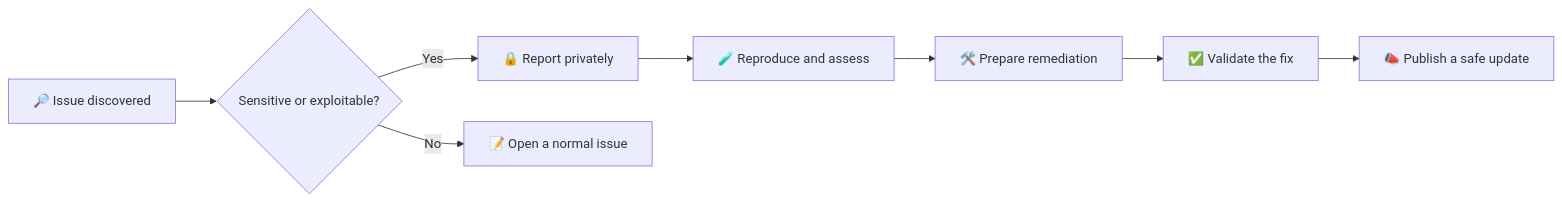
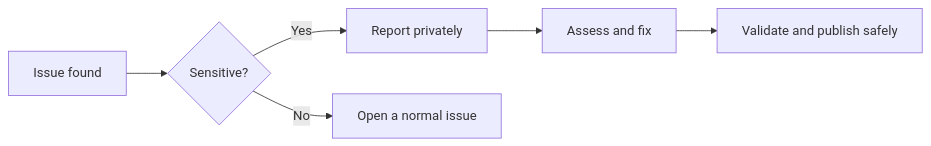
Before and after one commit to samusa099/hossain-group-hr-turnover-analytics-bd: the diagram in SECURITY.md, drawn with Mermaid. The commit also changed other lines of this file, not shown here.

````diff
--- a/SECURITY.md
+++ b/SECURITY.md
@@ -73,10 +45,8 @@
 ```mermaid
 flowchart LR
-    A[🔎 Issue discovered] --> B{Sensitive or exploitable?}
-    B -->|Yes| C[🔒 Report privately]
-    B -->|No| D[📝 Open a normal issue]
-    C --> E[🧪 Reproduce and assess]
-    E --> F[🛠️ Prepare remediation]
-    F --> G[✅ Validate the fix]
-    G --> H[📣 Publish a safe update]
+    A[Issue found] --> B{Sensitive?}
+    B -->|Yes| C[Report privately]
+    B -->|No| D[Open a normal issue]
+    C --> E[Assess and fix]
+    E --> F[Validate and publish safely]
 ```
````
